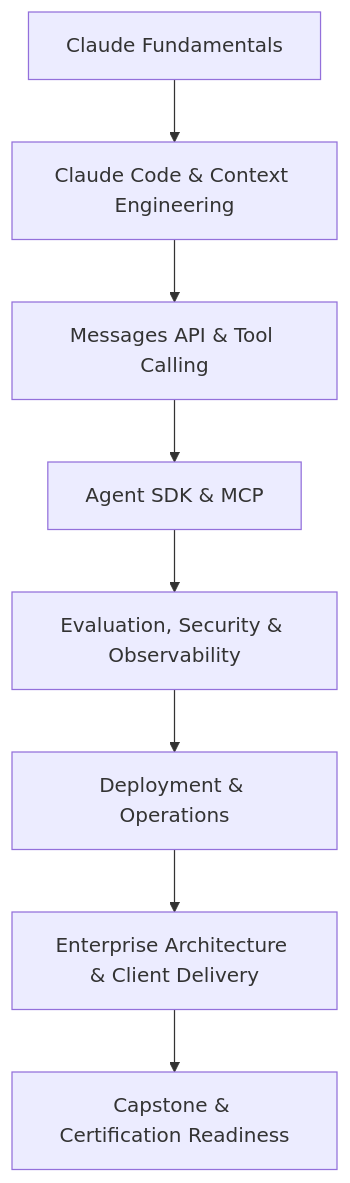
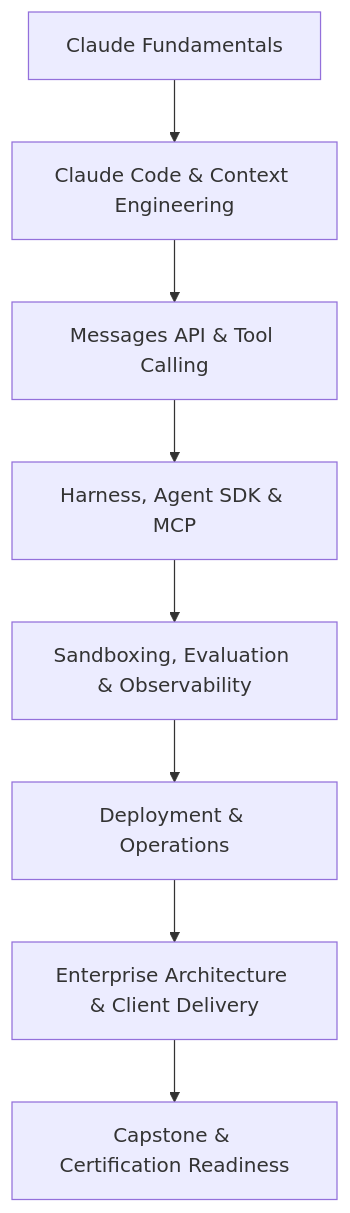
Before and after one commit to tim5633/claude-agent-engineering-30-day-bootcamp: the first of 2 diagrams in README.md, drawn with Mermaid. The commit also changed other lines of this file, not shown here.

Commit message:
docs: integrate harness, sandbox and eval into roadmap; remove appended sections

````diff
--- a/README.md
+++ b/README.md
@@ -21,10 +21,10 @@
 ```mermaid
 flowchart TD
     A["Claude Fundamentals"] --> B["Claude Code & Context Engineering"]
     B --> C["Messages API & Tool Calling"]
-    C --> D["Agent SDK & MCP"]
-    D --> E["Evaluation, Security & Observability"]
+    C --> D["Harness, Agent SDK & MCP"]
+    D --> E["Sandboxing, Evaluation & Observability"]
     E --> F["Deployment & Operations"]
     F --> G["Enterprise Architecture & Client Delivery"]
     G --> H["Capstone & Certification Readiness"]
 ```
````
